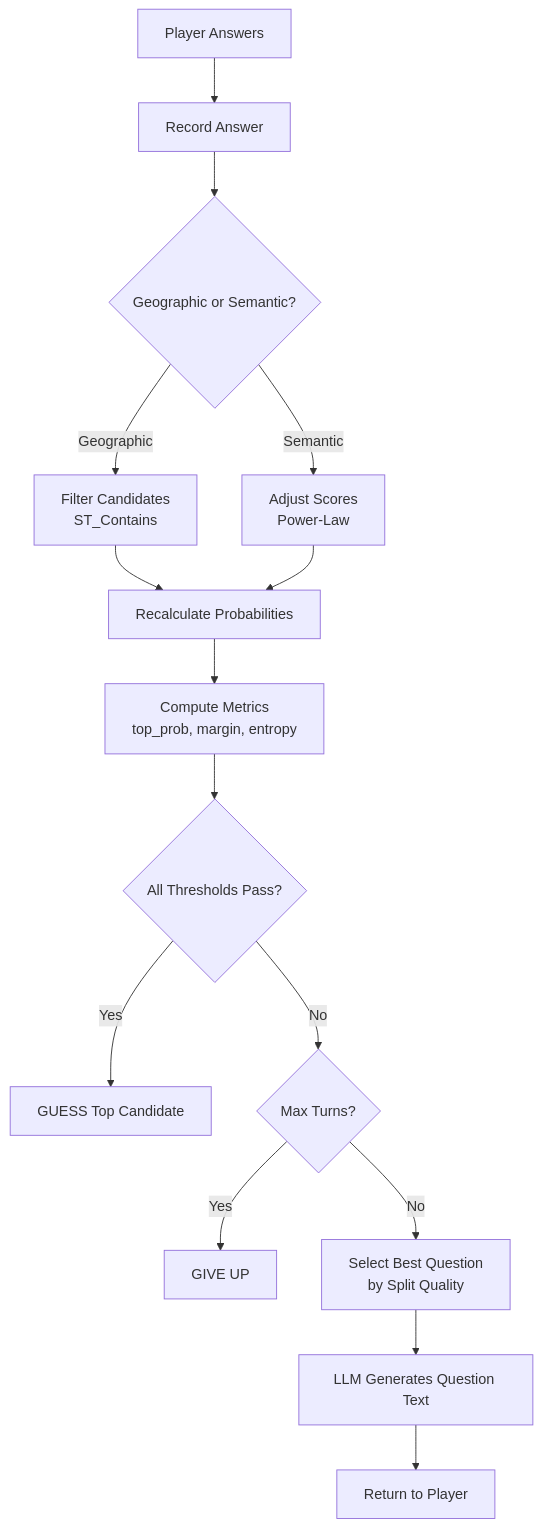
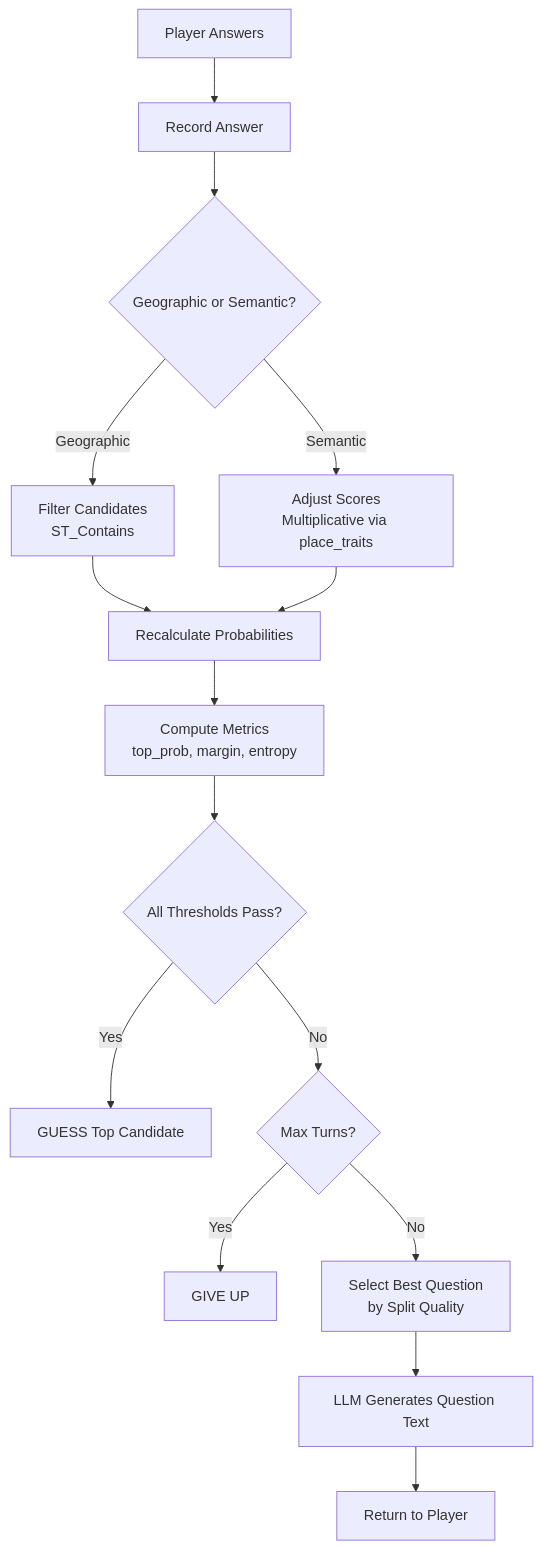
Before and after one commit to discountedcookie/10x-mapmaster: the diagram in docs/architecture/algorithm.md, drawn with Mermaid. The commit also changed other lines of this file and 93 other files, not shown here.

````diff
--- a/docs/architecture/algorithm.md
+++ b/docs/architecture/algorithm.md
@@ -18,24 +18,24 @@
 ```mermaid
 flowchart TD
     A[Player Answers] --> B[Record Answer]
     B --> C{Geographic or Semantic?}
 
     C -->|Geographic| D[Filter Candidates<br/>ST_Contains]
-    C -->|Semantic| E[Adjust Scores<br/>Power-Law]
+    C -->|Semantic| E[Adjust Scores<br/>Multiplicative via place_traits]
 
     D --> F[Recalculate Probabilities]
     E --> F
 
     F --> G[Compute Metrics<br/>top_prob, margin, entropy]
 
     G --> H{All Thresholds Pass?}
 
     H -->|Yes| I[GUESS Top Candidate]
     H -->|No| J{Max Turns?}
 
     J -->|Yes| K[GIVE UP]
     J -->|No| L[Select Best Question<br/>by Split Quality]
 
     L --> M[LLM Generates Question Text]
     M --> N[Return to Player]
 ```
````
